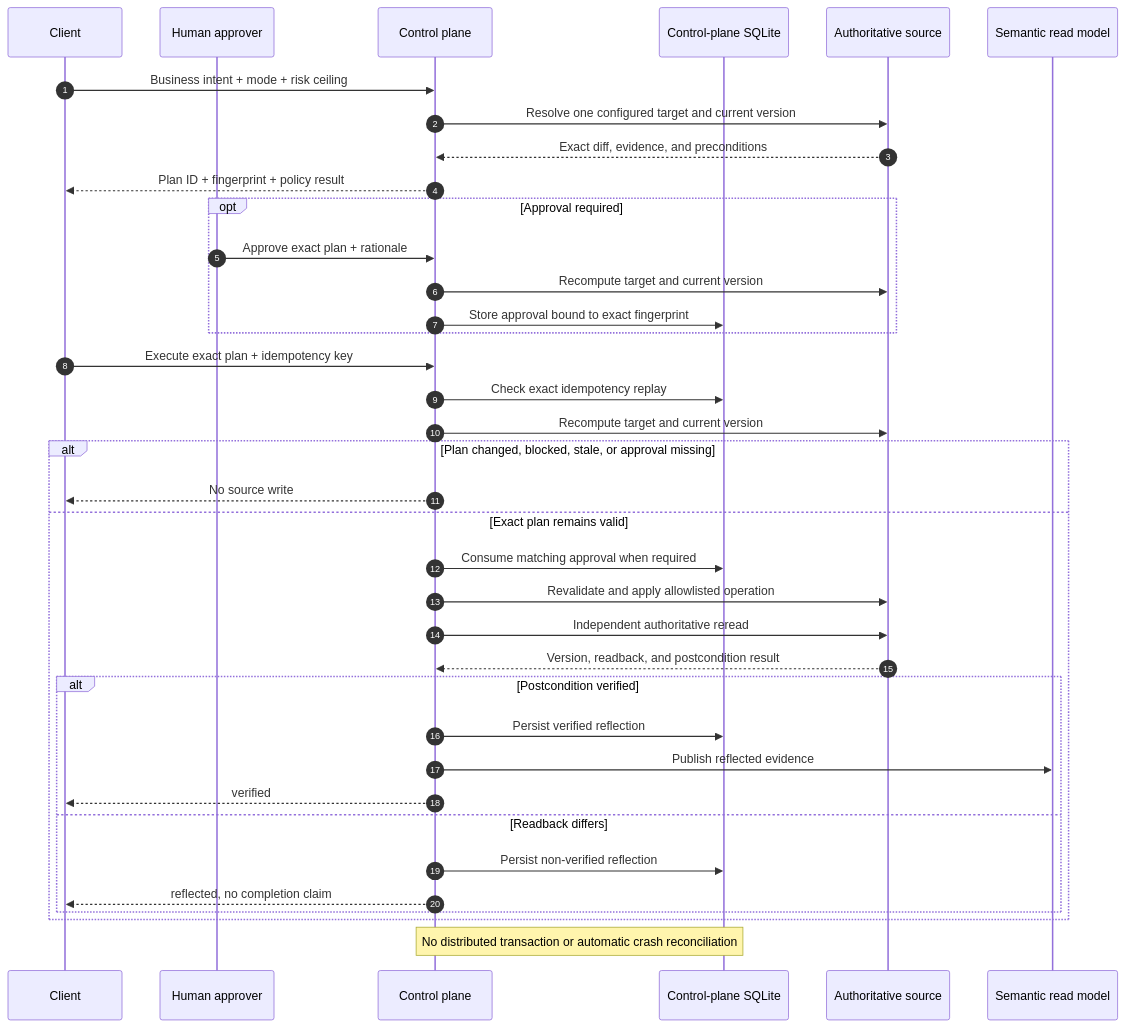
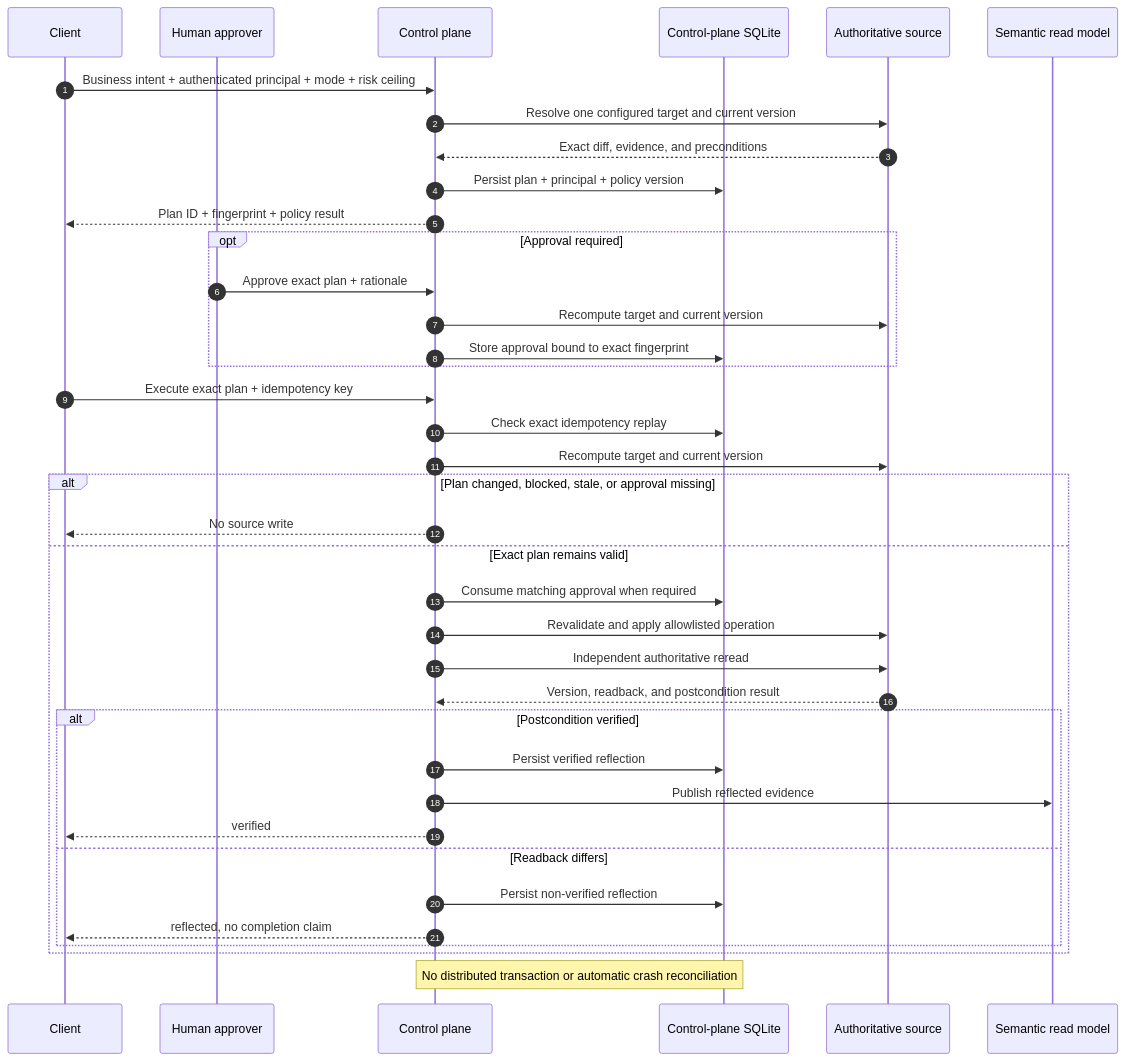
Before and after one commit to aantenore/semantic-junkyard: the third of 3 diagrams in docs/how-it-works.md, drawn with Mermaid. The commit also changed other lines of this file and 43 other files, not shown here.

````diff
--- a/docs/how-it-works.md
+++ b/docs/how-it-works.md
@@ -131,43 +131,44 @@
 ```mermaid
 sequenceDiagram
   autonumber
   participant C as Client
   participant H as Human approver
   participant P as Control plane
   participant D as Control-plane SQLite
   participant S as Authoritative source
   participant R as Semantic read model
 
-  C->>P: Business intent + mode + risk ceiling
+  C->>P: Business intent + authenticated principal + mode + risk ceiling
   P->>S: Resolve one configured target and current version
   S-->>P: Exact diff, evidence, and preconditions
+  P->>D: Persist plan + principal + policy version
   P-->>C: Plan ID + fingerprint + policy result
 
   opt Approval required
     H->>P: Approve exact plan + rationale
     P->>S: Recompute target and current version
     P->>D: Store approval bound to exact fingerprint
   end
 
   C->>P: Execute exact plan + idempotency key
   P->>D: Check exact idempotency replay
   P->>S: Recompute target and current version
   alt Plan changed, blocked, stale, or approval missing
     P-->>C: No source write
   else Exact plan remains valid
     P->>D: Consume matching approval when required
     P->>S: Revalidate and apply allowlisted operation
     P->>S: Independent authoritative reread
     S-->>P: Version, readback, and postcondition result
     alt Postcondition verified
       P->>D: Persist verified reflection
       P->>R: Publish reflected evidence
       P-->>C: verified
     else Readback differs
       P->>D: Persist non-verified reflection
       P-->>C: reflected, no completion claim
     end
   end
 
   Note over P,D: No distributed transaction or automatic crash reconciliation
 ```
````
